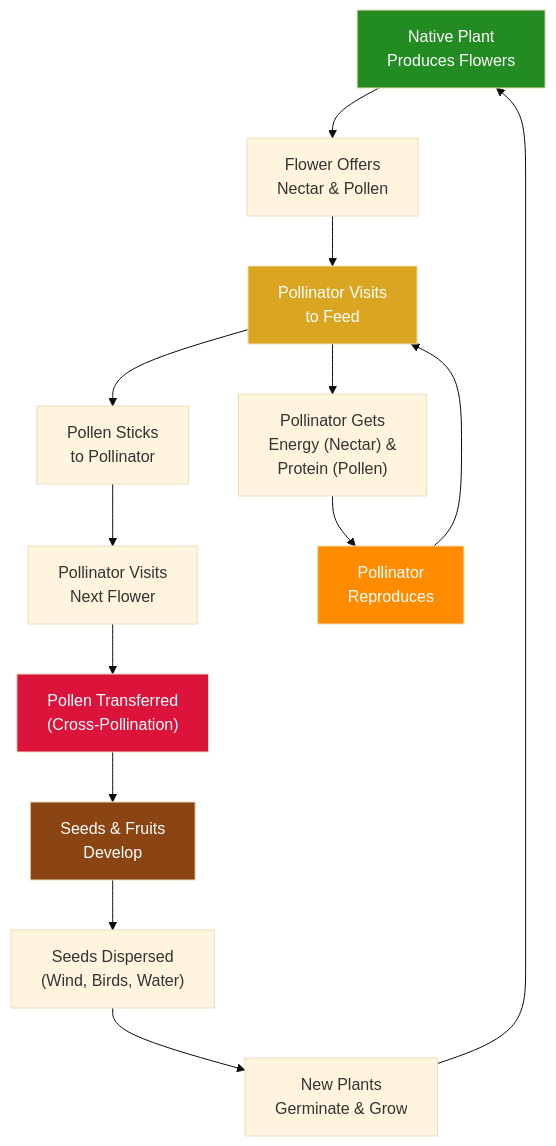
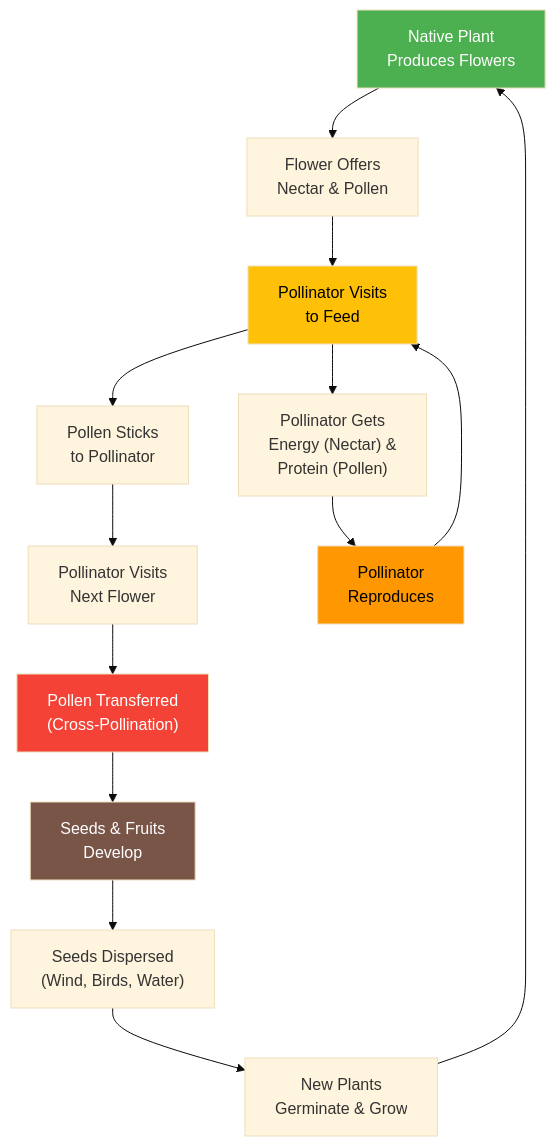
One commit to arunbatchu/minnesota-native-plants changed the first of 2 diagrams in docs/chapters/06-pollinators-wildlife/index.md. Above: the diagram before and after it, drawn with Mermaid (base theme). The commit also changed other lines of this file and 10 other files, not shown here.

First line of the commit message:
Fix Mermaid diagram colors for accessibility — high contrast palette

````diff
--- a/docs/chapters/06-pollinators-wildlife/index.md
+++ b/docs/chapters/06-pollinators-wildlife/index.md
@@ -30,22 +30,22 @@
 ```mermaid
 flowchart TD
     A["Native Plant<br/>Produces Flowers"] --> B["Flower Offers<br/>Nectar & Pollen"]
     B --> C["Pollinator Visits<br/>to Feed"]
     C --> D["Pollen Sticks<br/>to Pollinator"]
     D --> E["Pollinator Visits<br/>Next Flower"]
     E --> F["Pollen Transferred<br/>(Cross-Pollination)"]
     F --> G["Seeds & Fruits<br/>Develop"]
     G --> H["Seeds Dispersed<br/>(Wind, Birds, Water)"]
     H --> I["New Plants<br/>Germinate & Grow"]
     I --> A
 
     C --> J["Pollinator Gets<br/>Energy (Nectar) &<br/>Protein (Pollen)"]
     J --> K["Pollinator<br/>Reproduces"]
     K --> C
 
-    style A fill:#228B22,color:#fff
-    style C fill:#DAA520,color:#fff
-    style F fill:#DC143C,color:#fff
-    style G fill:#8B4513,color:#fff
-    style K fill:#FF8C00,color:#fff
+    style A fill:#4CAF50,color:#fff
+    style C fill:#FFC107,color:#000
+    style F fill:#F44336,color:#fff
+    style G fill:#795548,color:#fff
+    style K fill:#FF9800,color:#000
 ```
````
